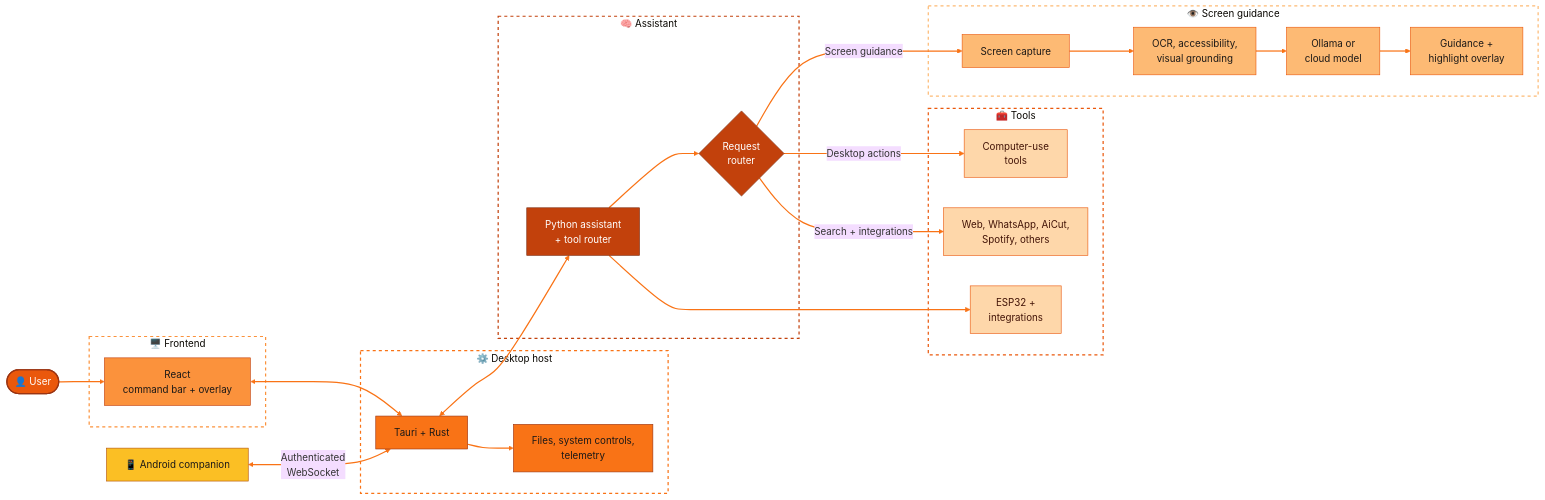
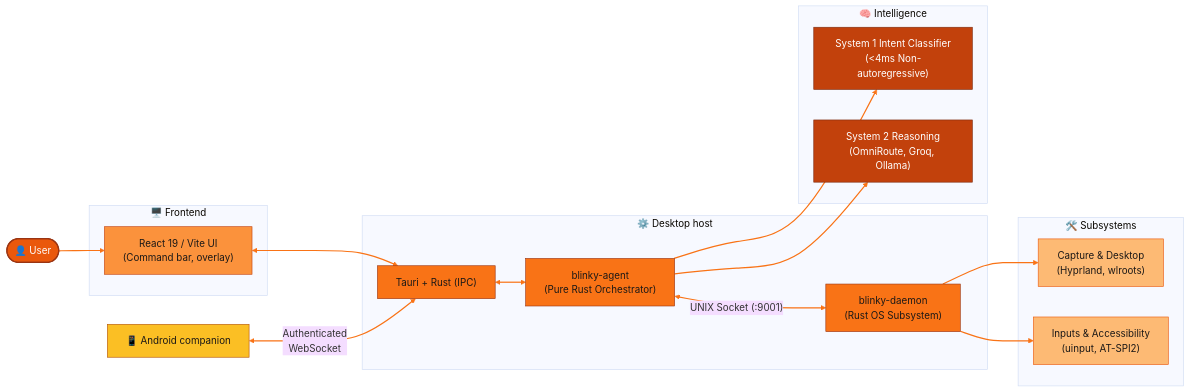
One commit to KingSahil/Blinky changed the diagram in README.md. Above: the diagram before and after it, drawn with Mermaid (base theme). The commit also changed other lines of this file and 1 other file, not shown here.

Commit message:
docs(readme): update architecture to reflect pure-rust agent and daemon, remove deprecated python backend refs

````diff
--- a/README.md
+++ b/README.md
@@ -96,70 +95,54 @@
 ```mermaid
 flowchart  LR
     U(["👤 User"])
 
     subgraph FRONT["🖥️ Frontend"]
-        UI["React<br/>command bar + overlay"]
+        UI["React 19 / Vite UI<br/>(Command bar, overlay)"]
     end
 
     subgraph HOST["⚙️ Desktop host"]
-        T["Tauri + Rust"]
-        F["Files, system controls,<br/>telemetry"]
+        T["Tauri + Rust (IPC)"]
+        F["blinky-agent<br/>(Pure Rust Orchestrator)"]
+        D["blinky-daemon<br/>(Rust OS Subsystem)"]
     end
 
-    subgraph BRAIN["🧠 Assistant"]
-        P["Python assistant<br/>+ tool router"]
-        R{"Request<br/>router"}
+    subgraph BRAIN["🧠 Intelligence"]
+        R["System 1 Intent Classifier<br/>(<4ms Non-autoregressive)"]
+        AI["System 2 Reasoning<br/>(OmniRoute, Groq, Ollama)"]
     end
 
-    subgraph VISION["👁️ Screen guidance"]
-        C["Screen capture"]
-        O["OCR, accessibility,<br/>visual grounding"]
-        AI["Ollama or<br/>cloud model"]
-        H["Guidance +<br/>highlight overlay"]
-        C --> O --> AI --> H
-    end
-
-    subgraph TOOLS["🧰 Tools"]
-        A["Computer-use<br/>tools"]
-        X["Web, WhatsApp, AiCut,<br/>Spotify, others"]
-        I["ESP32 +<br/>integrations"]
+    subgraph SYSTEM["🛠️ Subsystems"]
+        C["Capture & Desktop<br/>(Hyprland, wlroots)"]
+        O["Inputs & Accessibility<br/>(uinput, AT-SPI2)"]
     end
 
     M["📱 Android companion"]
 
     U --> UI
     UI <--> T
-    T <--> P
-    T --> F
+    T <--> F
     M <-->|"Authenticated<br/>WebSocket"| T
 
-    P --> R
-    P --> I
-    R -->|"Screen guidance"| C
-    R -->|"Desktop actions"| A
-    R -->|"Search + integrations"| X
+    F --> R
+    F --> AI
+    F <-->|"UNIX Socket (:9001)"| D
+    
+    D --> C
+    D --> O
 
     classDef user fill:#ea580c,stroke:#9a3412,color:#fff,stroke-width:2px
     classDef front fill:#fb923c,stroke:#c2410c,color:#1c1917
     classDef host fill:#f97316,stroke:#9a3412,color:#1c1917
     classDef brain fill:#c2410c,stroke:#7c2d12,color:#fff
-    classDef vision fill:#fdba74,stroke:#ea580c,color:#1c1917
-    classDef tool fill:#fed7aa,stroke:#ea580c,color:#431407
+    classDef system fill:#fdba74,stroke:#ea580c,color:#1c1917
     classDef mobile fill:#fbbf24,stroke:#b45309,color:#1c1917
 
     class U user
     class UI front
-    class T,F host
-    class P,R brain
-    class C,O,AI,H vision
-    class A,X,I tool
+    class T,F,D host
+    class R,AI brain
+    class C,O system
     class M mobile
 
     linkStyle default stroke:#f97316,stroke-width:2px
-
-    style FRONT fill:none,stroke:#fb923c,stroke-width:2px,stroke-dasharray:5 5
-    style HOST fill:none,stroke:#f97316,stroke-width:2px,stroke-dasharray:5 5
-    style BRAIN fill:none,stroke:#c2410c,stroke-width:2px,stroke-dasharray:5 5
-    style VISION fill:none,stroke:#fdba74,stroke-width:2px,stroke-dasharray:5 5
-    style TOOLS fill:none,stroke:#ea580c,stroke-width:2px,stroke-dasharray:5 5
 ```
````
